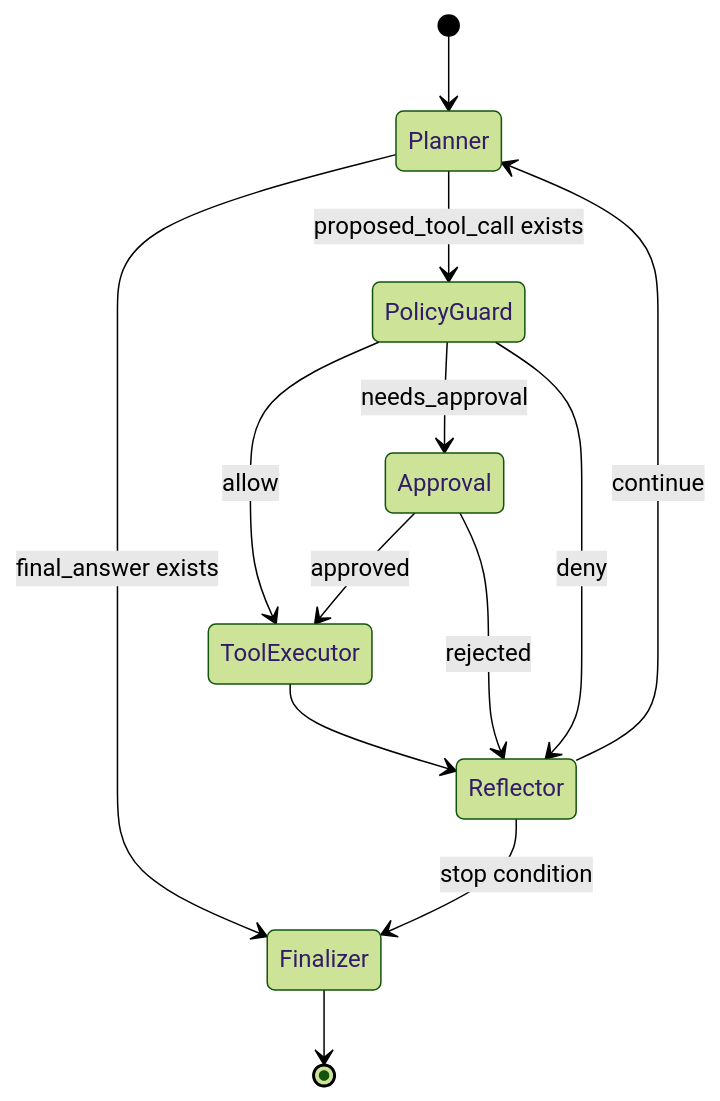
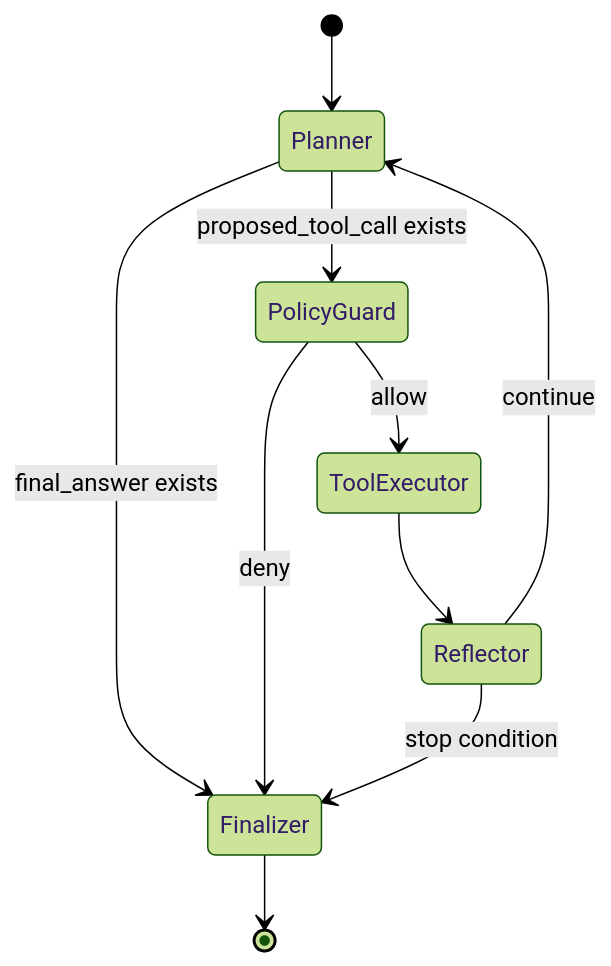
Before and after one commit to hoodee86/agent-hack: the second of 2 diagrams in docs/langgraph_linux_agent_design.md, drawn with Mermaid (forest theme). The commit also changed other lines of this file and 13 other files, not shown here.

````diff
--- a/docs/langgraph_linux_agent_design.md
+++ b/docs/langgraph_linux_agent_design.md
@@ -202,15 +203,12 @@
 ```mermaid
 stateDiagram-v2
     [*] --> Planner
     Planner --> Finalizer: final_answer exists
     Planner --> PolicyGuard: proposed_tool_call exists
     PolicyGuard --> ToolExecutor: allow
-    PolicyGuard --> Approval: needs_approval
-    PolicyGuard --> Reflector: deny
-    Approval --> ToolExecutor: approved
-    Approval --> Reflector: rejected
+  PolicyGuard --> Finalizer: deny
     ToolExecutor --> Reflector
     Reflector --> Planner: continue
     Reflector --> Finalizer: stop condition
     Finalizer --> [*]
 ```
````
